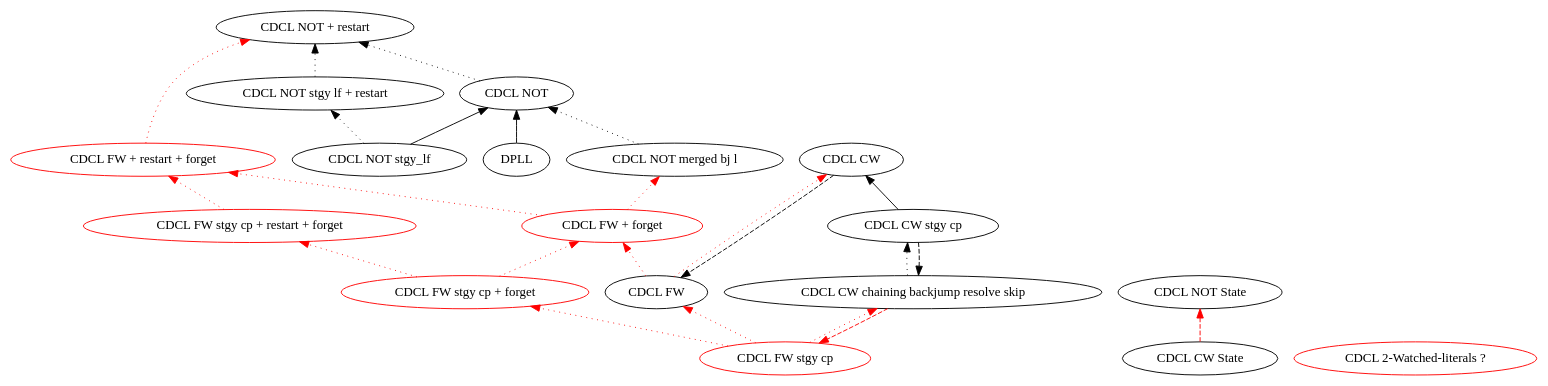
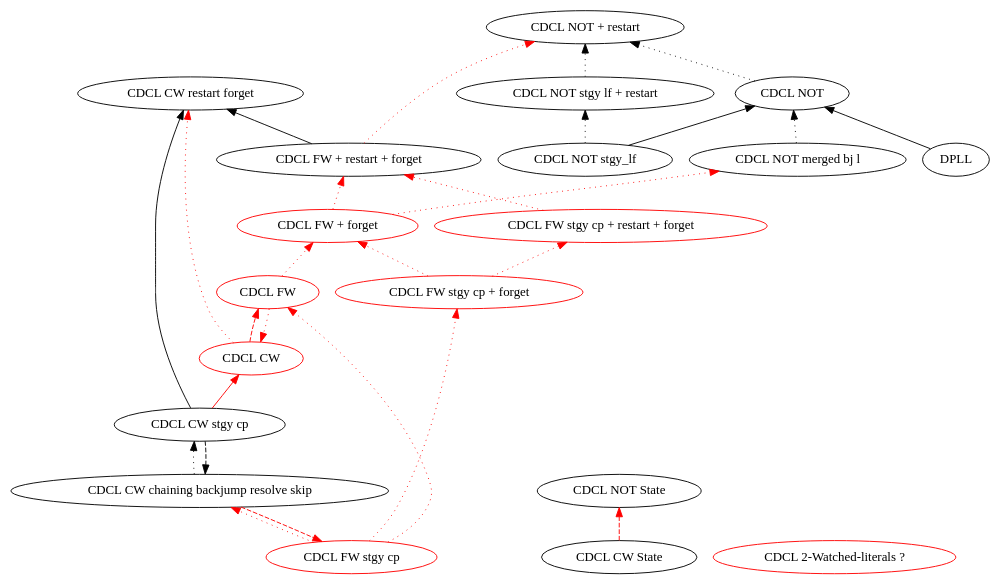
One commit to IsaFoL/IsaFoL changed the diagram in Weidenbach_Book/CDCL.dot. Above: the diagram before and after it, drawn with Graphviz.

Commit message:
moving theorems

```diff
--- a/Weidenbach_Book/CDCL.dot
+++ b/Weidenbach_Book/CDCL.dot
@@ -1,67 +1,74 @@
 //dot -o CDCL.pdf -Tpdf CDCL.dot
 digraph CDCL {
   rankdir=BT;
   subgraph cw {
     style=invisible;
   	CDCL_NOT_restart [label = "CDCL NOT + restart"];
   	CDCL_NOT [label = "CDCL NOT"];
   	CDCL_NOT_stgy [label = "CDCL NOT stgy_lf"];
   	CDCL_NOT_stgy_restart[label = "CDCL NOT stgy lf + restart"];
   	CDCL_NOT_merged [label = "CDCL NOT merged bj l"];
   	DPLL [label = "DPLL"];
   }
 
 	CDCL_NOT_stgy -> CDCL_NOT;
 	CDCL_NOT -> CDCL_NOT_restart [style = dotted];
 	CDCL_NOT_stgy -> CDCL_NOT_stgy_restart [style = dotted];
 	CDCL_NOT_stgy_restart -> CDCL_NOT_restart [style = dotted];
 	DPLL -> CDCL_NOT;
 
 	CDCL_NOT_merged -> CDCL_NOT [style =dotted];
 
 	subgraph fw {
     style=invisible;
-    CDCL_FW [label="CDCL FW"];
+    CDCL_FW [label="CDCL FW", color = red];
 	  CDCL_FW_stgy [label="CDCL FW stgy cp", color=red];
 	  CDCL_FW_forget [label="CDCL FW + forget", color=red];
 	  CDCL_FW_stgy_forget [label="CDCL FW stgy cp + forget", color=red];
 
-	  CDCL_FW_restart_forget [label = "CDCL FW + restart + forget", color=red];
+	  CDCL_FW_restart_forget [label = "CDCL FW + restart + forget"];
 	  CDCL_FW_stgy_restart_forget [label = "CDCL FW stgy cp + restart + forget", color=red];
 	}
 
 	CDCL_FW_stgy_forget -> CDCL_FW_stgy_restart_forget -> CDCL_FW_restart_forget [style
 	= dotted, color=red];
 	CDCL_FW_forget -> CDCL_NOT_merged [style = dotted, color=red];
 	CDCL_FW_stgy_forget -> CDCL_FW_forget [style = dotted, color=red];
 	CDCL_FW_forget -> CDCL_FW_restart_forget [style = dotted, color=red];
 	CDCL_FW_restart_forget -> CDCL_NOT_restart [style = dotted, color =red];
         CDCL_FW_stgy -> CDCL_FW_stgy_forget [style=dotted, color=red];
 	CDCL_FW -> CDCL_FW_forget [style=dotted, color=red];
 	CDCL_FW_stgy ->  CDCL_FW[style=dotted, color=red];
 
-	CDCL_CW [label = "CDCL CW"];
-	CDCL_CW_stgy [label = "CDCL CW stgy cp"];
-	CDCL_CW_stgy_merge_bj[label = "CDCL CW chaining backjump resolve skip"];
-	CDCL_CW_stgy -> CDCL_CW;
-	CDCL_CW -> CDCL_FW[style=dashed];
+	subgraph cw {
+    style=invisible;
+    CDCL_CW_forget_restart [label = "CDCL CW restart forget"];
+	  CDCL_CW [label = "CDCL CW", color = red];
+	  CDCL_CW_stgy [label = "CDCL CW stgy cp"];
+	  CDCL_CW_stgy_merge_bj[label = "CDCL CW chaining backjump resolve skip"];
+	}
+	CDCL_CW -> CDCL_CW_forget_restart[color = red, style = dotted];
+	CDCL_FW_restart_forget -> CDCL_CW_forget_restart; 
+	CDCL_CW_stgy -> CDCL_CW_forget_restart;
+	CDCL_CW_stgy -> CDCL_CW[color = red];	
+	CDCL_CW -> CDCL_FW[style=dashed, color = red];
 	CDCL_FW -> CDCL_CW[color =red, style=dotted];
 
 	CDCL_CW_stgy -> CDCL_CW_stgy_merge_bj[style=dashed];
 	CDCL_CW_stgy_merge_bj -> CDCL_FW_stgy[color=red, style=dashed];
 	CDCL_FW_stgy -> CDCL_CW_stgy_merge_bj[color=red, style=dotted];
 	CDCL_CW_stgy_merge_bj -> CDCL_CW_stgy[style=dotted];
 
 
 	subgraph state {
     style=invisible;
     CDCL_NOT_state [label = "CDCL NOT State"];
     CDCL_CW_state [label = "CDCL CW State"];
   }
 
   CDCL_CW_state -> CDCL_NOT_state[style=dashed, color = red];
 
 
 	CDCL_WL [label = "CDCL 2-Watched-literals ?", color = red];
 
 }
```
